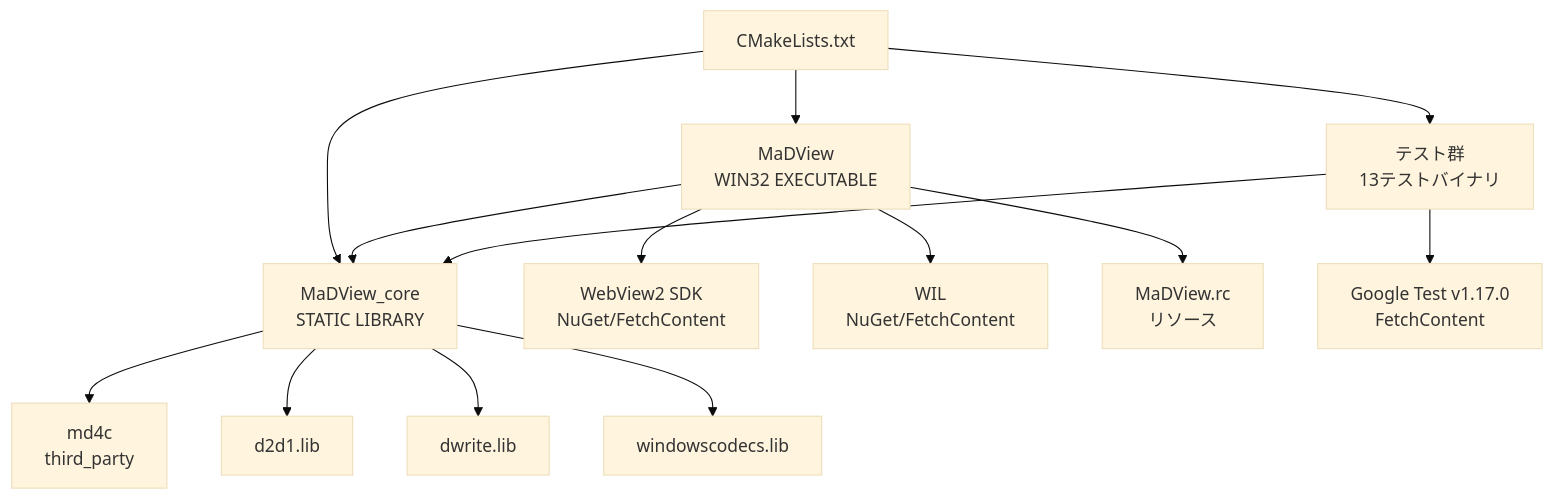
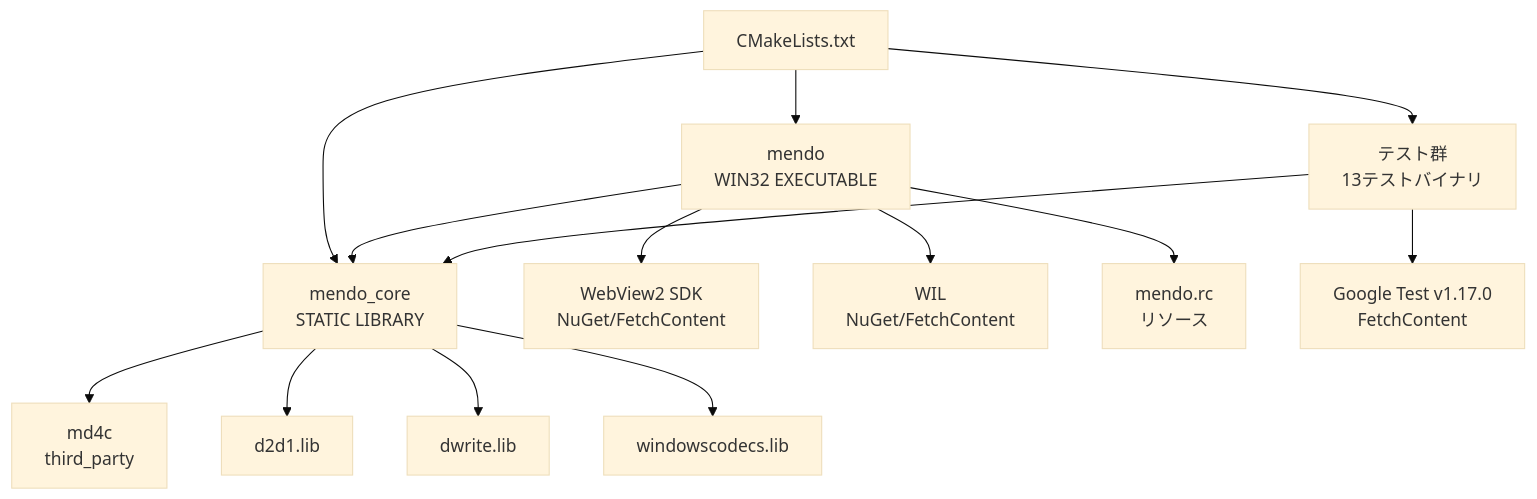
One commit to tanaton/mendo changed diagram 16 of 23 in test.md. Above: the diagram before and after it, drawn with Mermaid (base theme). The commit also changed other lines of this file and 17 other files, not shown here.

````diff
--- a/test.md
+++ b/test.md
@@ -878,18 +878,18 @@
 ```mermaid
 graph TD
-    ROOT[CMakeLists.txt] --> CORE[MaDView_core<br>STATIC LIBRARY]
-    ROOT --> EXE[MaDView<br>WIN32 EXECUTABLE]
+    ROOT[CMakeLists.txt] --> CORE[mendo_core<br>STATIC LIBRARY]
+    ROOT --> EXE[mendo<br>WIN32 EXECUTABLE]
     ROOT --> TEST[テスト群<br>13テストバイナリ]
 
     CORE --> MD4C[md4c<br>third_party]
     EXE --> CORE
     EXE --> WV2[WebView2 SDK<br>NuGet/FetchContent]
     EXE --> WIL[WIL<br>NuGet/FetchContent]
-    EXE --> RC[MaDView.rc<br>リソース]
+    EXE --> RC[mendo.rc<br>リソース]
     TEST --> CORE
     TEST --> GTEST[Google Test v1.17.0<br>FetchContent]
 
     CORE --> D2D1[d2d1.lib]
     CORE --> DWRITE[dwrite.lib]
     CORE --> WIC_LIB[windowscodecs.lib]
 ```
````
